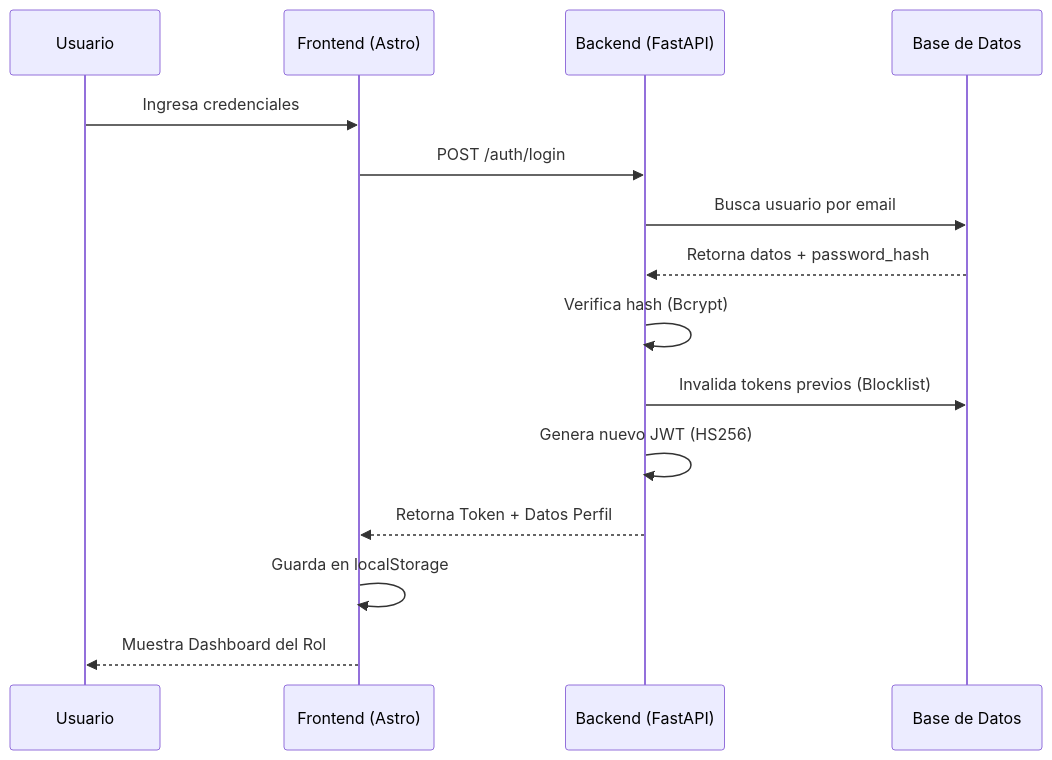
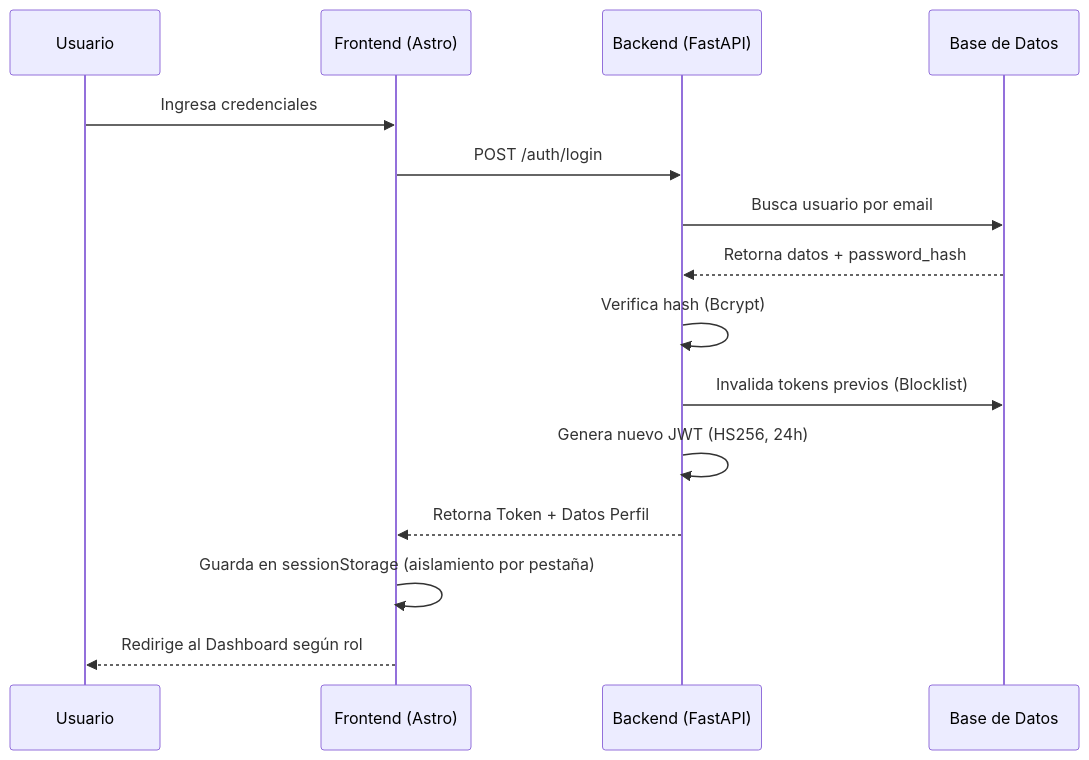
Before and after one commit to CTechuni/ctech_web: the third of 7 diagrams in requi.md, drawn with Mermaid. The commit also changed other lines of this file, not shown here.

````diff
--- a/requi.md
+++ b/requi.md
@@ -113,18 +128,18 @@
 ```mermaid
 sequenceDiagram
     participant U as Usuario
     participant F as Frontend (Astro)
     participant B as Backend (FastAPI)
     participant D as Base de Datos
 
     U->>F: Ingresa credenciales
     F->>B: POST /auth/login
     B->>D: Busca usuario por email
     D-->>B: Retorna datos + password_hash
     B->>B: Verifica hash (Bcrypt)
     B->>D: Invalida tokens previos (Blocklist)
-    B->>B: Genera nuevo JWT (HS256)
+    B->>B: Genera nuevo JWT (HS256, 24h)
     B-->>F: Retorna Token + Datos Perfil
-    F->>F: Guarda en localStorage
-    F-->>U: Muestra Dashboard del Rol
+    F->>F: Guarda en sessionStorage (aislamiento por pestaña)
+    F-->>U: Redirige al Dashboard según rol
 ```
````
